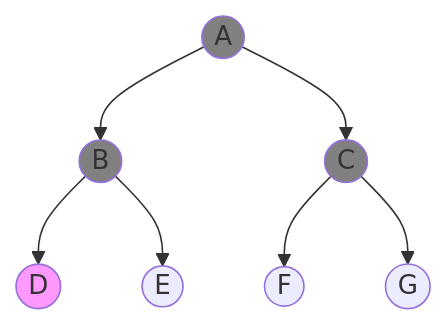
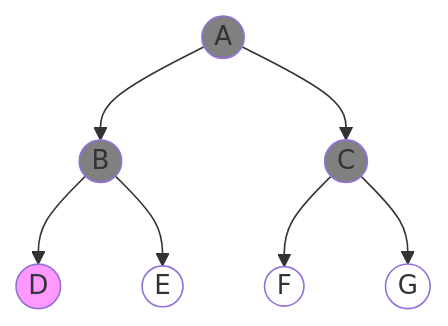
One commit to gurpreet-ai/gurpreet-ai.github.io changed the fourth of 22 diagrams in _posts/2020-04-20-Uninformed-Search-Strategies.md. Above: the diagram before and after it, drawn with Mermaid. The commit also changed other lines of this file and 3 other files, not shown here.

````diff
--- a/_posts/2020-04-20-Uninformed-Search-Strategies.md
+++ b/_posts/2020-04-20-Uninformed-Search-Strategies.md
@@ -53,13 +63,16 @@
 ```mermaid
 graph TB
 A((A)) --> B((B))
 A --> C((C))
 B --> D((D))
 B --> E((E))
 C --> F((F))
 C --> G((G))
 style A fill:#808080
 style B fill:#808080
 style C fill:#808080
 style D fill:#f9f
+style E fill:white
+style F fill:white
+style G fill:white
 ```
````
